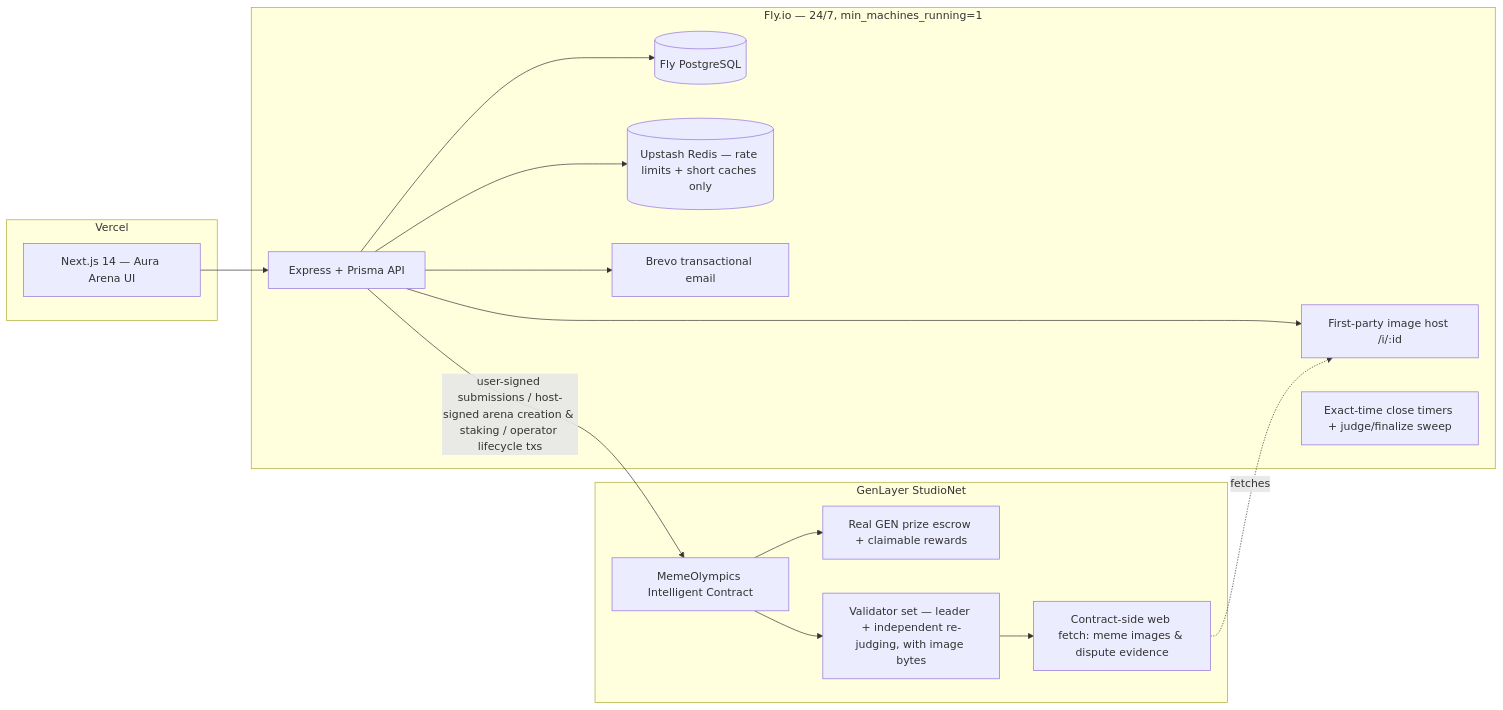
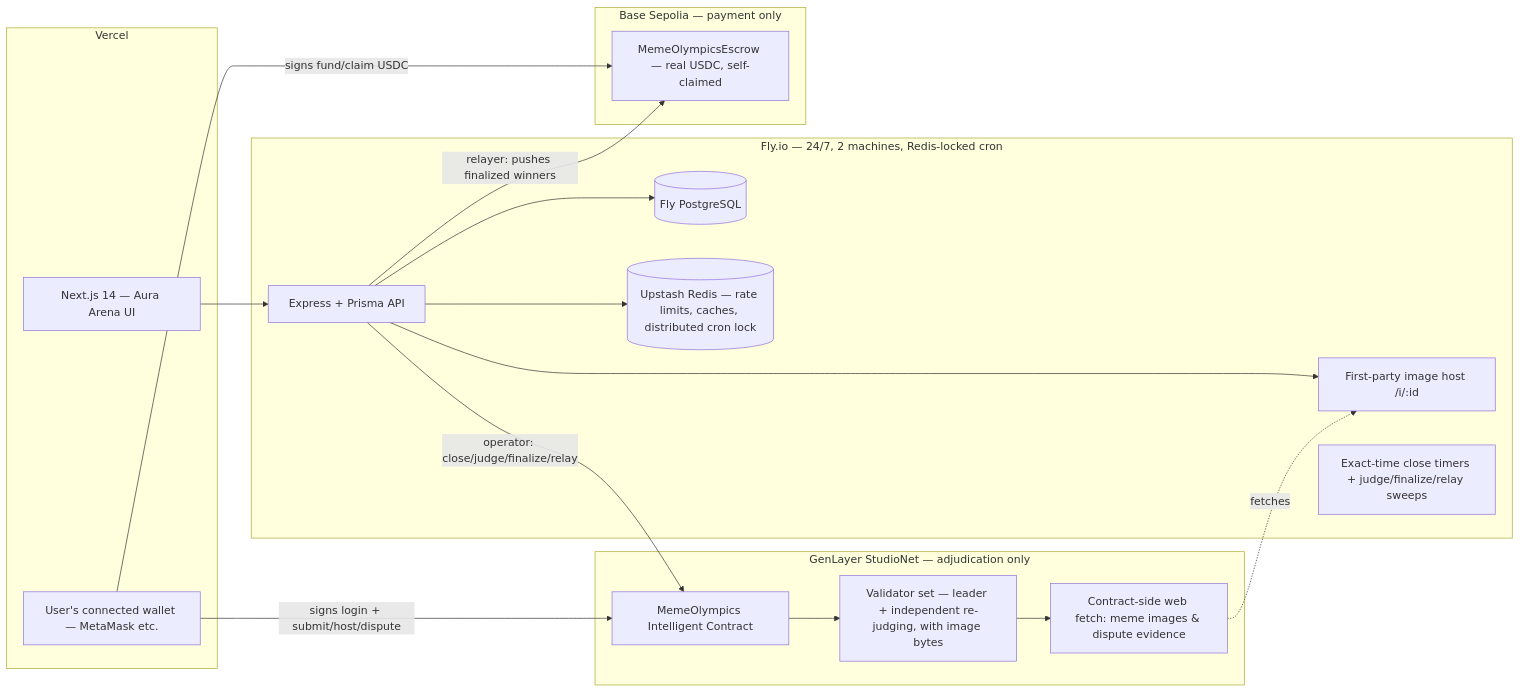
Before and after one commit to zoefunds/Meme-olympics: the first of 2 diagrams in README.md, drawn with Mermaid. The commit also changed other lines of this file and 56 other files, not shown here.

````diff
--- a/README.md
+++ b/README.md
@@ -38,27 +52,31 @@
 ```mermaid
 flowchart LR
   subgraph Client [Vercel]
     FE[Next.js 14 — Aura Arena UI]
+    WALLET[User's connected wallet — MetaMask etc.]
   end
-  subgraph API [Fly.io — 24/7, min_machines_running=1]
+  subgraph API [Fly.io — 24/7, 2 machines, Redis-locked cron]
     BE[Express + Prisma API]
     IMG[First-party image host /i/:id]
-    SCHED[Exact-time close timers + judge/finalize sweep]
+    SCHED[Exact-time close timers + judge/finalize/relay sweeps]
     PG[(Fly PostgreSQL)]
-    RD[(Upstash Redis — rate limits + short caches only)]
-    BREVO[Brevo transactional email]
+    RD[(Upstash Redis — rate limits, caches, distributed cron lock)]
   end
-  subgraph Chain [GenLayer StudioNet]
+  subgraph GenLayer [GenLayer StudioNet — adjudication only]
     IC[MemeOlympics Intelligent Contract]
-    ESCROW[Real GEN prize escrow + claimable rewards]
     VAL[Validator set — leader + independent re-judging, with image bytes]
     WEB[Contract-side web fetch: meme images & dispute evidence]
   end
+  subgraph Base [Base Sepolia — payment only]
+    ESCROW[MemeOlympicsEscrow — real USDC, self-claimed]
+  end
   FE --> BE
-  BE --> PG & RD & BREVO
+  BE --> PG & RD
   BE --> IMG
-  BE -- user-signed submissions / host-signed arena creation & staking / operator lifecycle txs --> IC
-  IC --> ESCROW
+  WALLET -- signs login + submit/host/dispute --> IC
+  WALLET -- signs fund/claim USDC --> ESCROW
+  BE -- operator: close/judge/finalize/relay --> IC
+  BE -- relayer: pushes finalized winners --> ESCROW
   IC --> VAL --> WEB
   WEB -.fetches.-> IMG
 ```
````
